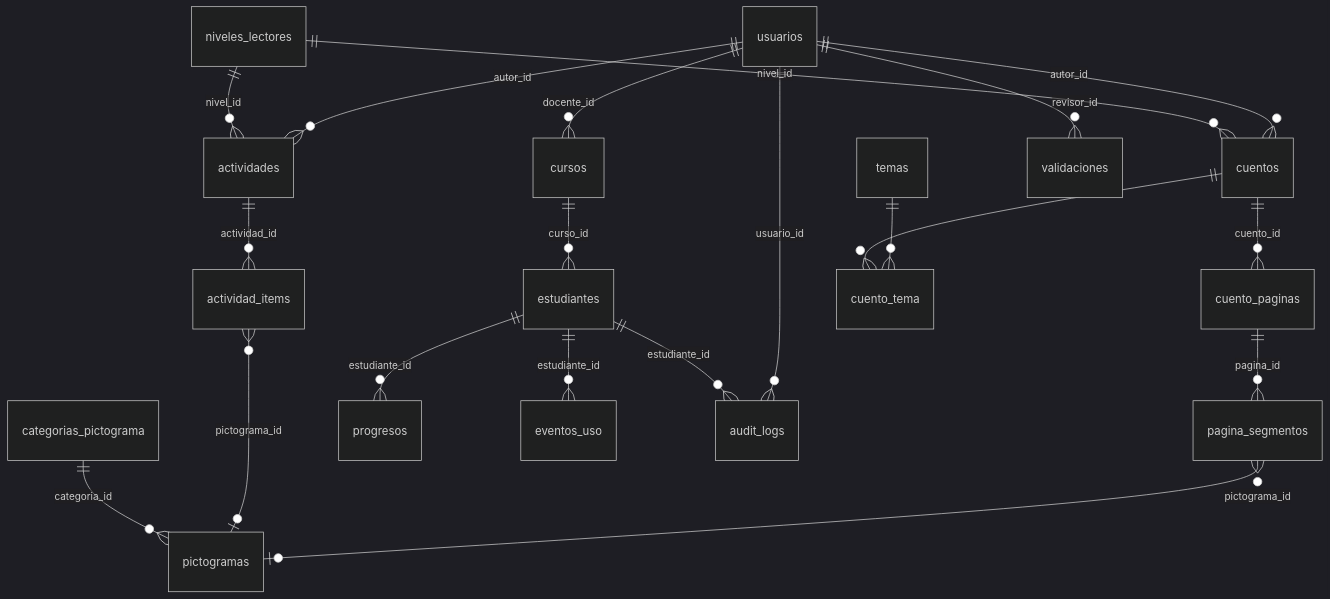
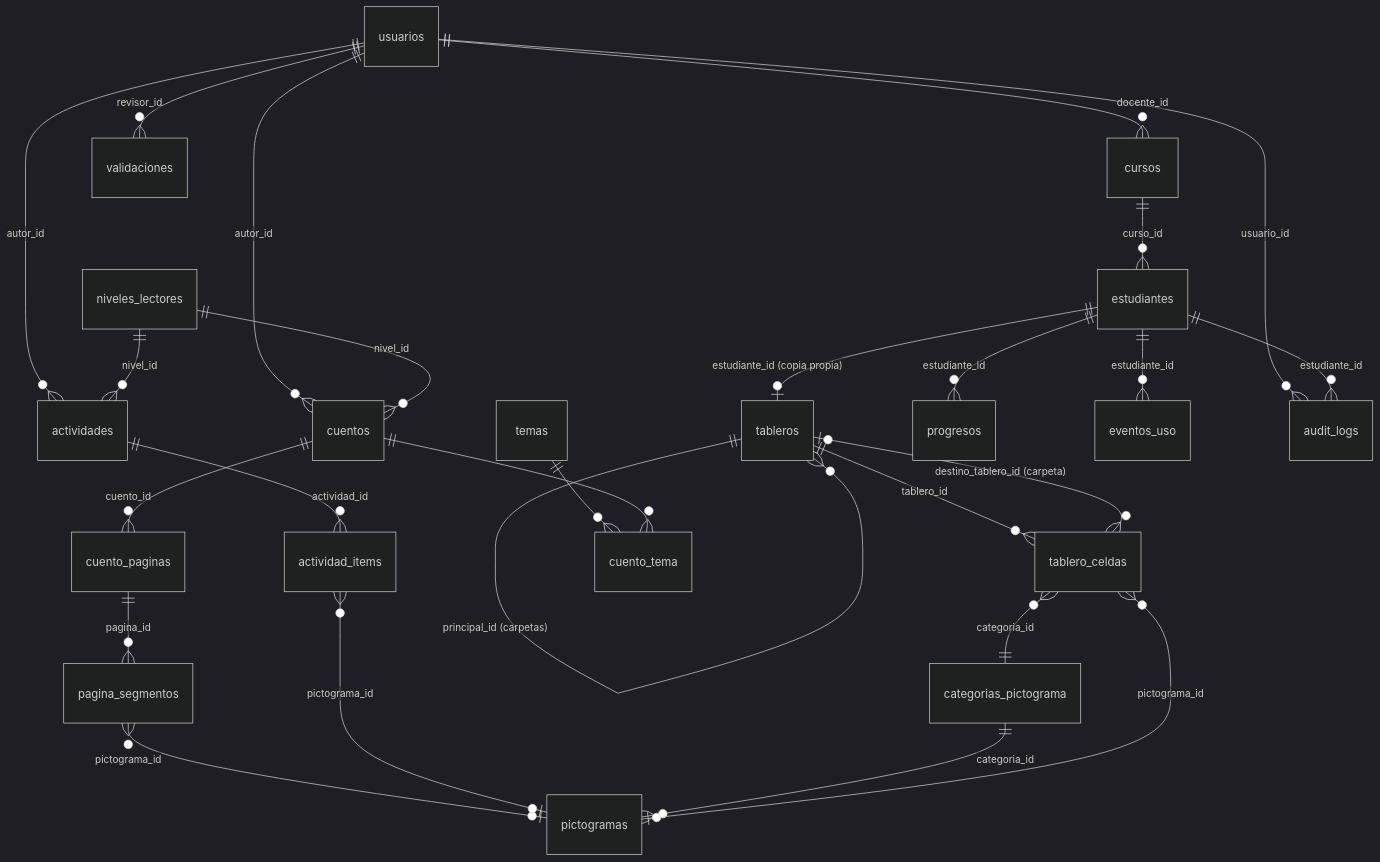
The diagram in docs/modelo-datos.md (Bazzty/Project-Liceo-Piedra-azul), drawn with Mermaid (dark theme) before and after one commit. The commit also changed other lines of this file and 5 other files, not shown here.

Commit message:
feat(PLPA-109): esquema de tableros y celdas en el servidor, aún sin conectar con la app

````diff
--- a/docs/modelo-datos.md
+++ b/docs/modelo-datos.md
@@ -14,22 +14,28 @@
 ```mermaid
 erDiagram
     usuarios ||--o{ cursos : "docente_id"
     cursos ||--o{ estudiantes : "curso_id"
     usuarios ||--o{ cuentos : "autor_id"
     usuarios ||--o{ actividades : "autor_id"
     niveles_lectores ||--o{ cuentos : "nivel_id"
     niveles_lectores ||--o{ actividades : "nivel_id"
     cuentos ||--o{ cuento_paginas : "cuento_id"
     cuento_paginas ||--o{ pagina_segmentos : "pagina_id"
     pagina_segmentos }o--o| pictogramas : "pictograma_id"
     actividades ||--o{ actividad_items : "actividad_id"
     actividad_items }o--o| pictogramas : "pictograma_id"
     categorias_pictograma ||--o{ pictogramas : "categoria_id"
+    estudiantes ||--o| tableros : "estudiante_id (copia propia)"
+    tableros ||--o{ tableros : "principal_id (carpetas)"
+    tableros ||--o{ tablero_celdas : "tablero_id"
+    tablero_celdas }o--o| pictogramas : "pictograma_id"
+    tablero_celdas }o--|| categorias_pictograma : "categoria_id"
+    tablero_celdas }o--o| tableros : "destino_tablero_id (carpeta)"
     temas ||--o{ cuento_tema : ""
     cuentos ||--o{ cuento_tema : ""
     estudiantes ||--o{ progresos : "estudiante_id"
     estudiantes ||--o{ eventos_uso : "estudiante_id"
     usuarios ||--o{ validaciones : "revisor_id"
     usuarios ||--o{ audit_logs : "usuario_id"
     estudiantes ||--o{ audit_logs : "estudiante_id"
 ```
````
